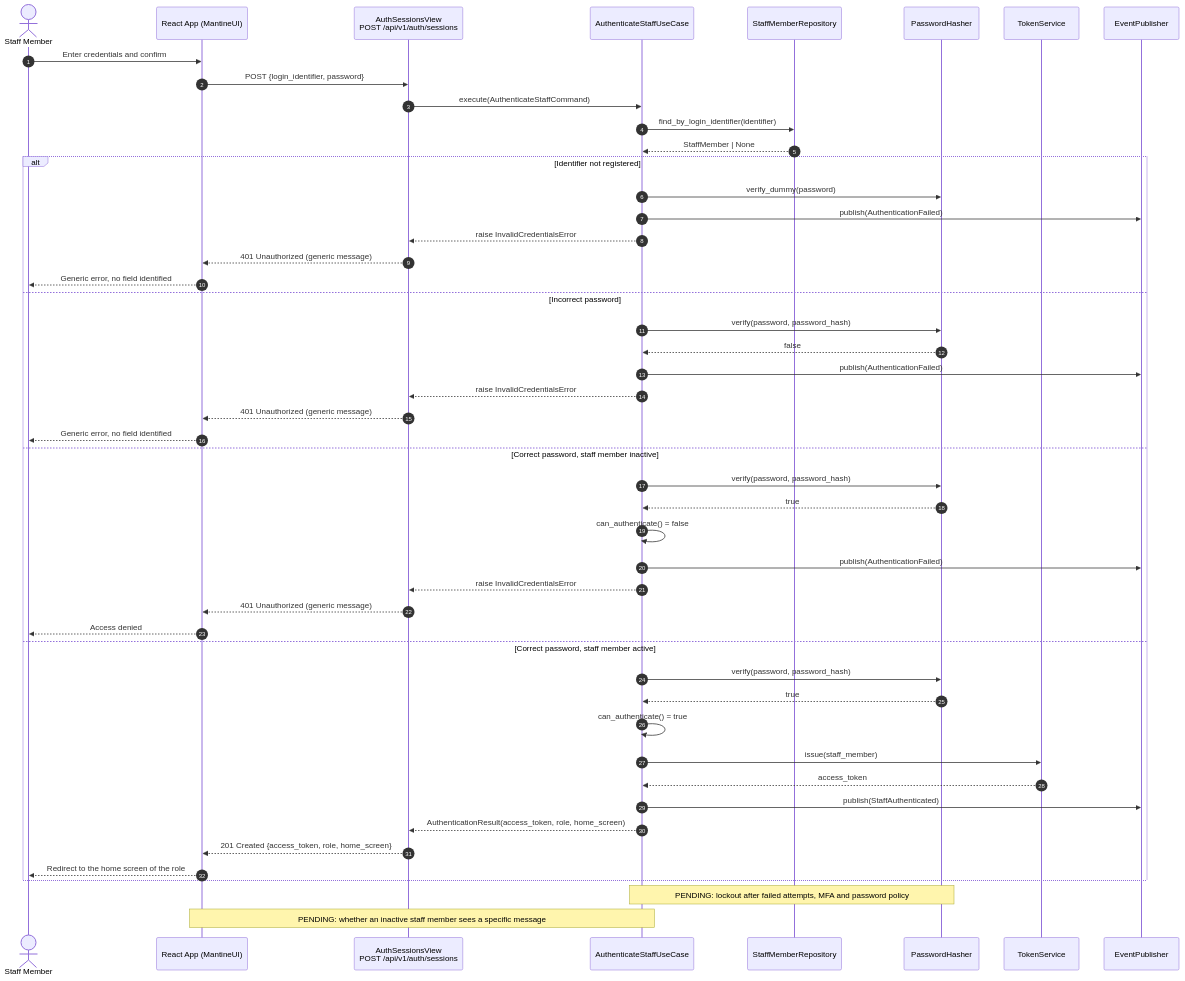
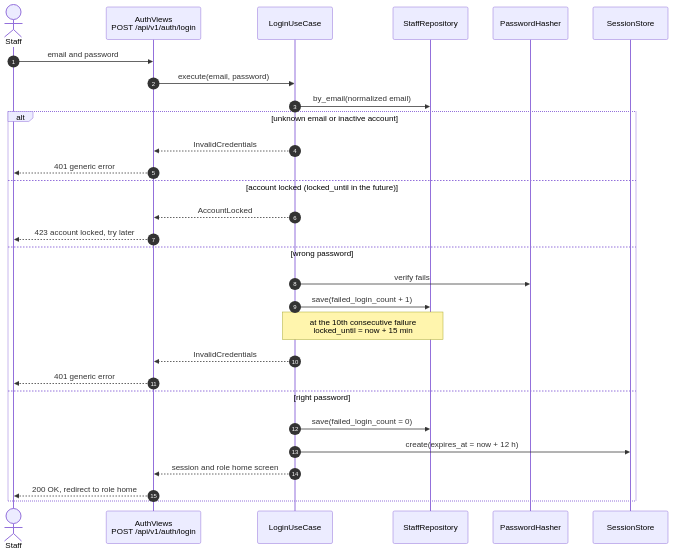
Before and after one commit to BraceroInSabot/Motel-Starmie: the third of 5 diagrams in docs/Initial Requirements/Diagrams/US-01 - Staff Authentication and RBAC.md, drawn with Mermaid. The commit also changed other lines of this file and 51 other files, not shown here.

````diff
--- a/docs/Initial Requirements/Diagrams/US-01 - Staff Authentication and RBAC.md
+++ b/docs/Initial Requirements/Diagrams/US-01 - Staff Authentication and RBAC.md
@@ -249,54 +296,32 @@
 ```mermaid
 sequenceDiagram
     autonumber
-    actor Staff as Staff Member
-    participant UI as React App (MantineUI)
-    participant API as AuthSessionsView<br/>POST /api/v1/auth/sessions
-    participant UC as AuthenticateStaffUseCase
-    participant Repo as StaffMemberRepository
+    actor Staff
+    participant View as AuthViews<br/>POST /api/v1/auth/login
+    participant UC as LoginUseCase
+    participant Repo as StaffRepository
     participant Hasher as PasswordHasher
-    participant Token as TokenService
-    participant Bus as EventPublisher
+    participant Sessions as SessionStore
 
-    Staff->>UI: Enter credentials and confirm
-    UI->>API: POST {login_identifier, password}
-    API->>UC: execute(AuthenticateStaffCommand)
-    UC->>Repo: find_by_login_identifier(identifier)
-    Repo-->>UC: StaffMember | None
-
-    alt Identifier not registered
-        UC->>Hasher: verify_dummy(password)
-        UC->>Bus: publish(AuthenticationFailed)
-        UC-->>API: raise InvalidCredentialsError
-        API-->>UI: 401 Unauthorized (generic message)
-        UI-->>Staff: Generic error, no field identified
-    else Incorrect password
-        UC->>Hasher: verify(password, password_hash)
-        Hasher-->>UC: false
-        UC->>Bus: publish(AuthenticationFailed)
-        UC-->>API: raise InvalidCredentialsError
-        API-->>UI: 401 Unauthorized (generic message)
-        UI-->>Staff: Generic error, no field identified
-    else Correct password, staff member inactive
-        UC->>Hasher: verify(password, password_hash)
-        Hasher-->>UC: true
-        UC->>UC: can_authenticate() = false
-        UC->>Bus: publish(AuthenticationFailed)
-        UC-->>API: raise InvalidCredentialsError
-        API-->>UI: 401 Unauthorized (generic message)
-        UI-->>Staff: Access denied
-    else Correct password, staff member active
-        UC->>Hasher: verify(password, password_hash)
-        Hasher-->>UC: true
-        UC->>UC: can_authenticate() = true
-        UC->>Token: issue(staff_member)
-        Token-->>UC: access_token
-        UC->>Bus: publish(StaffAuthenticated)
-        UC-->>API: AuthenticationResult(access_token, role, home_screen)
-        API-->>UI: 201 Created {access_token, role, home_screen}
-        UI-->>Staff: Redirect to the home screen of the role
+    Staff->>View: email and password
+    View->>UC: execute(email, password)
+    UC->>Repo: by_email(normalized email)
+    alt unknown email or inactive account
+        UC-->>View: InvalidCredentials
+        View-->>Staff: 401 generic error
+    else account locked (locked_until in the future)
+        UC-->>View: AccountLocked
+        View-->>Staff: 423 account locked, try later
+    else wrong password
+        UC->>Hasher: verify fails
+        UC->>Repo: save(failed_login_count + 1)
+        Note over UC,Repo: at the 10th consecutive failure<br/>locked_until = now + 15 min
+        UC-->>View: InvalidCredentials
+        View-->>Staff: 401 generic error
+    else right password
+        UC->>Repo: save(failed_login_count = 0)
+        UC->>Sessions: create(expires_at = now + 12 h)
+        UC-->>View: session and role home screen
+        View-->>Staff: 200 OK, redirect to role home
     end
-
-    Note over UC,Hasher: PENDING: lockout after failed attempts, MFA and password policy
-    Note over UI,UC: PENDING: whether an inactive staff member sees a specific message
 ```
````
